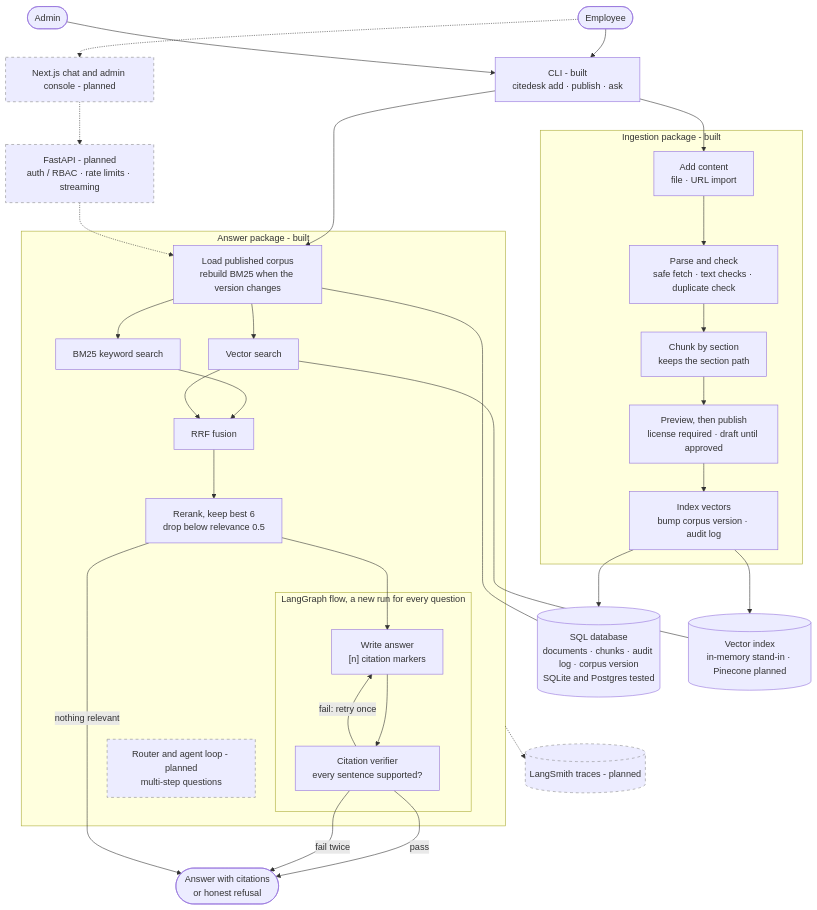
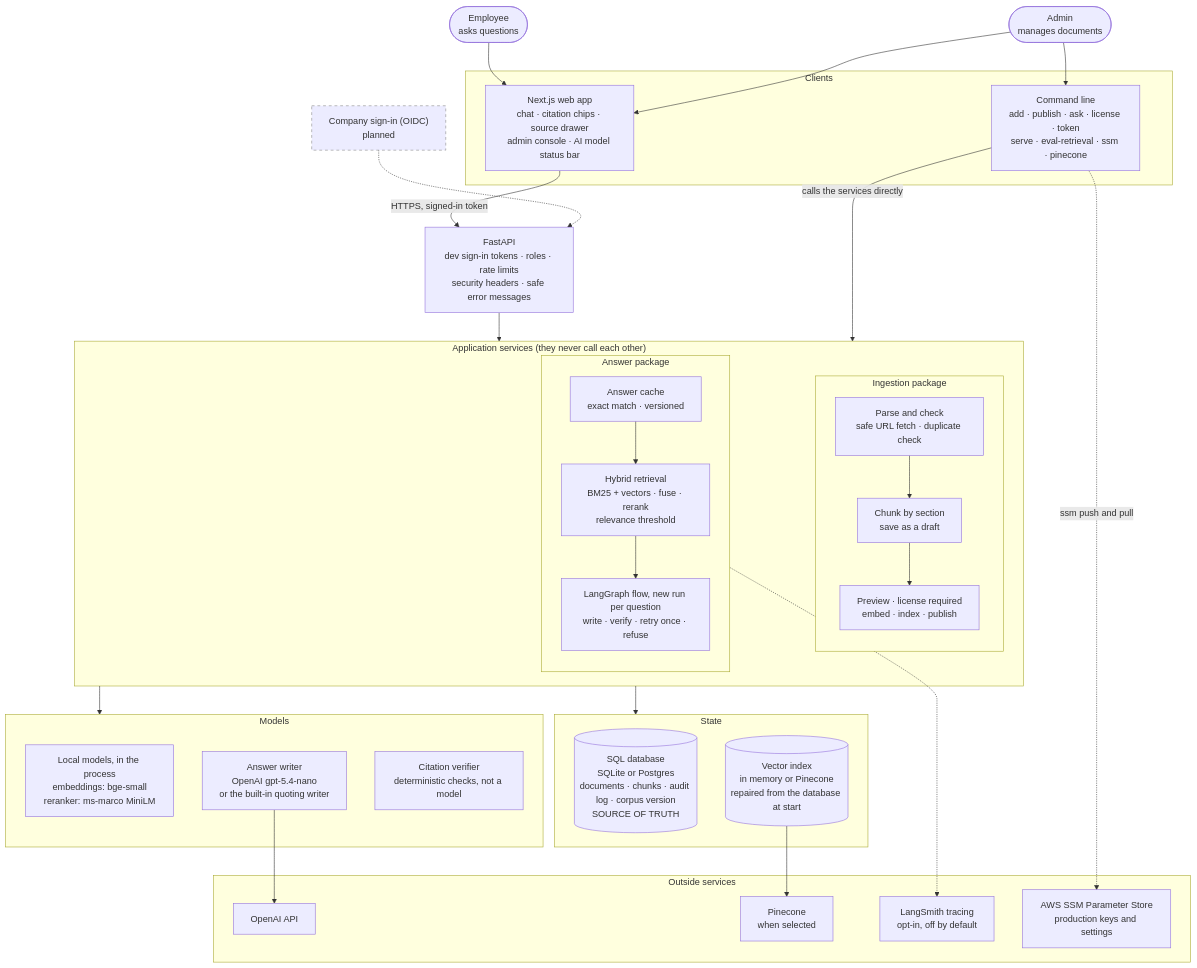
One commit to Tevaalgorithms/cite-desk changed the first of 5 diagrams in README.md. Above: the diagram before and after it, drawn with Mermaid. The commit also changed other lines of this file and 3 other files, not shown here.

First line of the commit message:
docs: bring the README and data-flow diagrams up to date with the code

````diff
--- a/README.md
+++ b/README.md
@@ -249,49 +250,57 @@
 ```mermaid
 graph TB
-    EMP(["Employee"])
-    ADM(["Admin"])
-    CLI["CLI - built<br/>citedesk add · publish · ask"]
-    WEB["Next.js chat and admin console - planned"]:::planned
-    API["FastAPI - planned<br/>auth / RBAC · rate limits · streaming"]:::planned
+    EMP(["Employee<br/>asks questions"])
+    ADM(["Admin<br/>manages documents"])
 
-    subgraph ING["Ingestion package - built"]
-        ADD["Add content<br/>file · URL import"] --> FETCH["Parse and check<br/>safe fetch · text checks · duplicate check"] --> CHUNK["Chunk by section<br/>keeps the section path"] --> PUB["Preview, then publish<br/>license required · draft until approved"] --> IDX["Index vectors<br/>bump corpus version · audit log"]
+    subgraph CLIENTS["Clients"]
+        WEB["Next.js web app<br/>chat · citation chips · source drawer<br/>admin console · AI model status bar"]
+        CLI["Command line<br/>add · publish · ask · license · token<br/>serve · eval-retrieval · ssm · pinecone"]
     end
 
-    subgraph ANS["Answer package - built"]
-        LOAD["Load published corpus<br/>rebuild BM25 when the version changes"]
-        BM["BM25 keyword search"]
-        VEC["Vector search"]
-        RRF["RRF fusion"]
-        RR["Rerank, keep best 6<br/>drop below relevance 0.5"]
-        subgraph FLOW["LangGraph flow, a new run for every question"]
-            GEN["Write answer<br/>[n] citation markers"]
-            VER["Citation verifier<br/>every sentence supported?"]
-            GEN --> VER
-            VER -- "fail: retry once" --> GEN
+    OIDC["Company sign-in (OIDC)<br/>planned"]:::planned
+    API["FastAPI<br/>dev sign-in tokens · roles · rate limits<br/>security headers · safe error messages"]
+
+    subgraph SERVICES["Application services (they never call each other)"]
+        subgraph ING["Ingestion package"]
+            direction TB
+            I1["Parse and check<br/>safe URL fetch · duplicate check"] --> I2["Chunk by section<br/>save as a draft"] --> I3["Preview · license required<br/>embed · index · publish"]
         end
-        ROUTE["Router and agent loop - planned<br/>multi-step questions"]:::planned
-        LOAD --> BM & VEC
-        BM --> RRF
-        VEC --> RRF
-        RRF --> RR --> GEN
+        subgraph ANS["Answer package"]
+            direction TB
+            A1["Answer cache<br/>exact match · versioned"] --> A2["Hybrid retrieval<br/>BM25 + vectors · fuse · rerank<br/>relevance threshold"] --> A3["LangGraph flow, new run per question<br/>write · verify · retry once · refuse"]
+        end
     end
 
-    SQL[("SQL database<br/>documents · chunks · audit log · corpus version<br/>SQLite and Postgres tested")]
-    VIDX[("Vector index<br/>in-memory stand-in · Pinecone planned")]
-    OUT(["Answer with citations<br/>or honest refusal"])
-    LS[("LangSmith traces - planned")]:::planned
+    subgraph STATE["State"]
+        SQL[("SQL database<br/>SQLite or Postgres<br/>documents · chunks · audit log · corpus version<br/>SOURCE OF TRUTH")]
+        VEC[("Vector index<br/>in memory or Pinecone<br/>repaired from the database at start")]
+    end
 
-    EMP --> CLI --> LOAD
-    ADM --> CLI --> ADD
-    EMP -.-> WEB -.-> API -.-> LOAD
-    VER -- pass --> OUT
-    VER -- "fail twice" --> OUT
-    RR -- "nothing relevant" --> OUT
-    IDX --> SQL
-    IDX --> VIDX
-    LOAD --- SQL
-    VEC --- VIDX
-    ANS -.-> LS
+    subgraph MODELS["Models"]
+        LOCAL["Local models, in the process<br/>embeddings: bge-small<br/>reranker: ms-marco MiniLM"]
+        WRITER["Answer writer<br/>OpenAI gpt-5.4-nano<br/>or the built-in quoting writer"]
+        VERIFY["Citation verifier<br/>deterministic checks, not a model"]
+    end
+
+    subgraph EXT["Outside services"]
+        OPENAI["OpenAI API"]
+        PINECONE["Pinecone<br/>when selected"]
+        LANGSMITH["LangSmith tracing<br/>opt-in, off by default"]
+        SSM["AWS SSM Parameter Store<br/>production keys and settings"]
+    end
+
+    EMP --> WEB
+    ADM --> WEB
+    ADM --> CLI
+    WEB -- "HTTPS, signed-in token" --> API
+    OIDC -.-> API
+    API --> SERVICES
+    CLI -- "calls the services directly" --> SERVICES
+    SERVICES --> STATE
+    SERVICES --> MODELS
+    WRITER --> OPENAI
+    VEC --> PINECONE
+    ANS -.-> LANGSMITH
+    CLI -. "ssm push and pull" .-> SSM
     classDef planned stroke-dasharray: 5 5,stroke:#888
 ```
````
